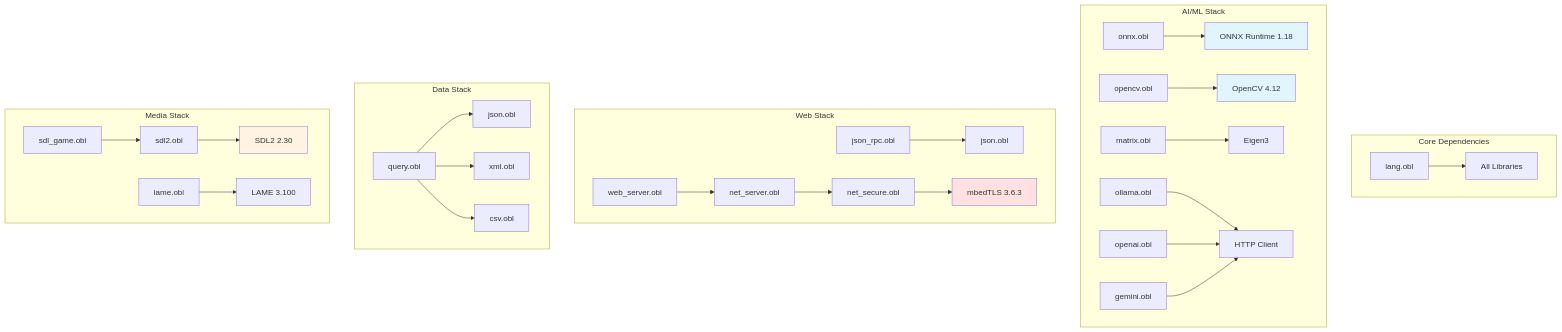
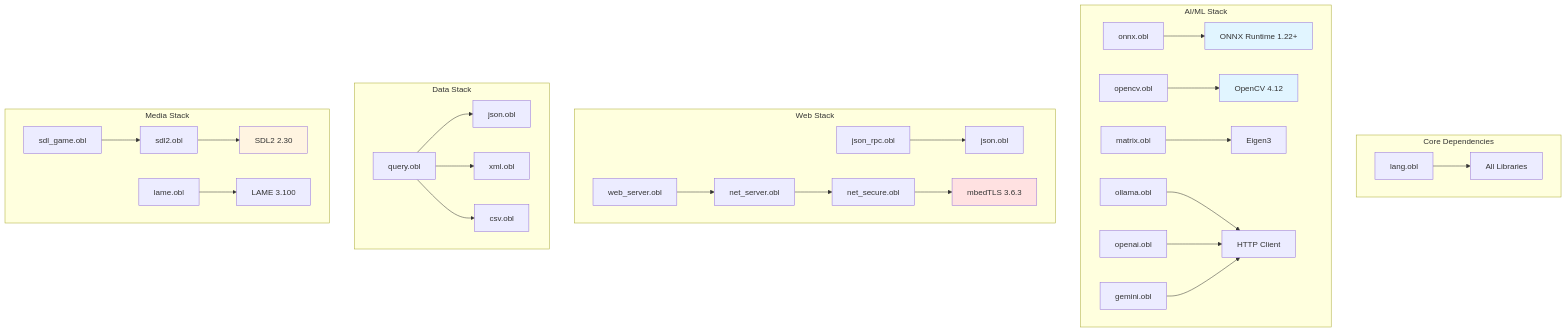
Diagram 11 of 28 in docs/architecture.md (objeck/objeck-lang), drawn with Mermaid before and after one commit. The commit also changed other lines of this file and 1 other file, not shown here.

First line of the commit message:
v2026.5.0 docs: architecture diagrams + README update

````diff
--- a/docs/architecture.md
+++ b/docs/architecture.md
@@ -491,40 +492,40 @@
 ```mermaid
 graph TB
     subgraph "Core Dependencies"
         A[lang.obl] --> B[All Libraries]
     end
 
     subgraph "AI/ML Stack"
-        C[onnx.obl] --> D[ONNX Runtime 1.18]
+        C[onnx.obl] --> D[ONNX Runtime 1.22+]
         E[opencv.obl] --> F[OpenCV 4.12]
         G[matrix.obl] --> H[Eigen3]
         I[ollama.obl] --> J[HTTP Client]
         K[openai.obl] --> J
         L[gemini.obl] --> J
     end
 
     subgraph "Web Stack"
         M[web_server.obl] --> N[net_server.obl]
         O[json_rpc.obl] --> P[json.obl]
         N --> Q[net_secure.obl]
         Q --> R[mbedTLS 3.6.3]
     end
 
     subgraph "Data Stack"
         S[json.obl]
         T[xml.obl]
         U[csv.obl]
         V[query.obl] --> S & T & U
     end
 
     subgraph "Media Stack"
         W[sdl2.obl] --> X[SDL2 2.30]
         Y[sdl_game.obl] --> W
         Z[lame.obl] --> AA[LAME 3.100]
     end
 
     style D fill:#e1f5ff
     style F fill:#e1f5ff
     style R fill:#ffe1e1
     style X fill:#fff4e1
 ```
````
